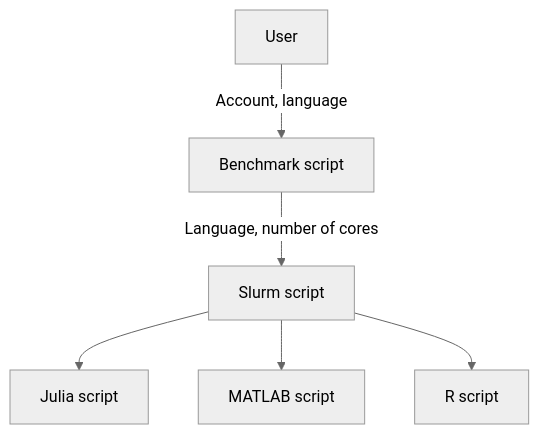
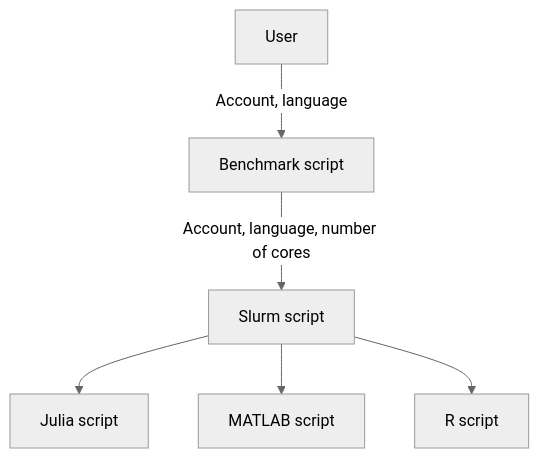
One commit to UPPMAX/R-matlab-julia-HPC changed the diagram in docs/advanced/thread_parallelism/README.md. Above: the diagram before and after it, drawn with Mermaid (neutral theme).

Commit message:
Complete

````diff
--- a/docs/advanced/thread_parallelism/README.md
+++ b/docs/advanced/thread_parallelism/README.md
@@ -51,15 +51,15 @@
 ```mermaid
 flowchart TD
   user[User]
   benchmark_script[Benchmark script]
   slurm_script[Slurm script]
   r_script[R script]
   julia_script[Julia script]
   matlab_script[MATLAB script]
 
   user --> |Account, language| benchmark_script
-  benchmark_script --> |Language, number of cores| slurm_script
+  benchmark_script --> |Account, language, number of cores| slurm_script
   slurm_script --> julia_script
   slurm_script --> matlab_script
   slurm_script --> r_script
 ```
````
